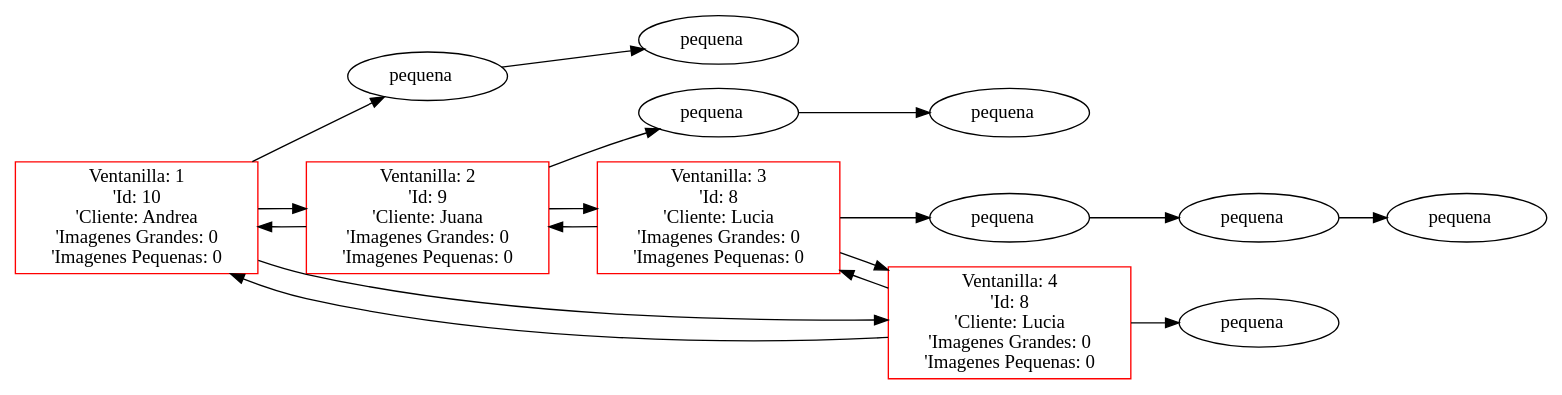
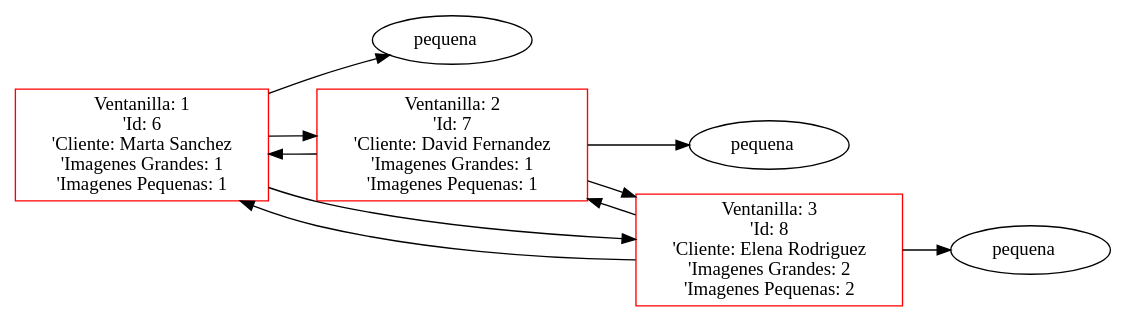
Before and after one commit to FranklinONP/EDD_PROYECTO_202200089: the diagram in Proyecto1/Proyecto1_202200089/Pruebas/PJ/Espera.dot, drawn with Graphviz. The commit also changed 15 other files, not shown here.

```diff
--- a/Proyecto1/Proyecto1_202200089/Pruebas/PJ/Espera.dot
+++ b/Proyecto1/Proyecto1_202200089/Pruebas/PJ/Espera.dot
@@ -1,31 +1,18 @@
  digraph G {
  rankdir=LR;
- node0 [label="Ventanilla: 1\n'Id: 10\n'Cliente: Andrea\n'Imagenes Grandes: 0\n'Imagenes Pequenas: 0", color="red", shape="rectangle"];
+ node0 [label="Ventanilla: 1\n'Id: 6\n'Cliente: Marta Sanchez\n'Imagenes Grandes: 1\n'Imagenes Pequenas: 1", color="red", shape="rectangle"];
  element00 [label="pequena   ", shape="ellipse"];
  node0 -> element00 [dir="forward"];
- element00 -> element01 [dir="forward"];
- element01 [label="pequena   ", shape="ellipse"];
- node1 [label="Ventanilla: 2\n'Id: 9\n'Cliente: Juana\n'Imagenes Grandes: 0\n'Imagenes Pequenas: 0", color="red", shape="rectangle"];
+ node1 [label="Ventanilla: 2\n'Id: 7\n'Cliente: David Fernandez\n'Imagenes Grandes: 1\n'Imagenes Pequenas: 1", color="red", shape="rectangle"];
  element10 [label="pequena   ", shape="ellipse"];
  node1 -> element10 [dir="forward"];
- element10 -> element11 [dir="forward"];
- element11 [label="pequena   ", shape="ellipse"];
  node0 -> node1 [dir="back"];
  node0 -> node1 [dir="forward"];
- node2 [label="Ventanilla: 3\n'Id: 8\n'Cliente: Lucia\n'Imagenes Grandes: 0\n'Imagenes Pequenas: 0", color="red", shape="rectangle"];
+ node2 [label="Ventanilla: 3\n'Id: 8\n'Cliente: Elena Rodriguez\n'Imagenes Grandes: 2\n'Imagenes Pequenas: 2", color="red", shape="rectangle"];
  element20 [label="pequena   ", shape="ellipse"];
  node2 -> element20 [dir="forward"];
- element20 -> element21 [dir="forward"];
- element21 [label="pequena   ", shape="ellipse"];
- element21 -> element22 [dir="forward"];
- element22 [label="pequena   ", shape="ellipse"];
  node1 -> node2 [dir="back"];
  node1 -> node2 [dir="forward"];
- node3 [label="Ventanilla: 4\n'Id: 8\n'Cliente: Lucia\n'Imagenes Grandes: 0\n'Imagenes Pequenas: 0", color="red", shape="rectangle"];
- element30 [label="pequena   ", shape="ellipse"];
- node3 -> element30 [dir="forward"];
- node2 -> node3 [dir="back"];
- node2 -> node3 [dir="forward"];
- node3 -> node0 [dir="forward"];
- node3 -> node0 [dir="back"];
+ node2 -> node0 [dir="forward"];
+ node2 -> node0 [dir="back"];
  }
```
